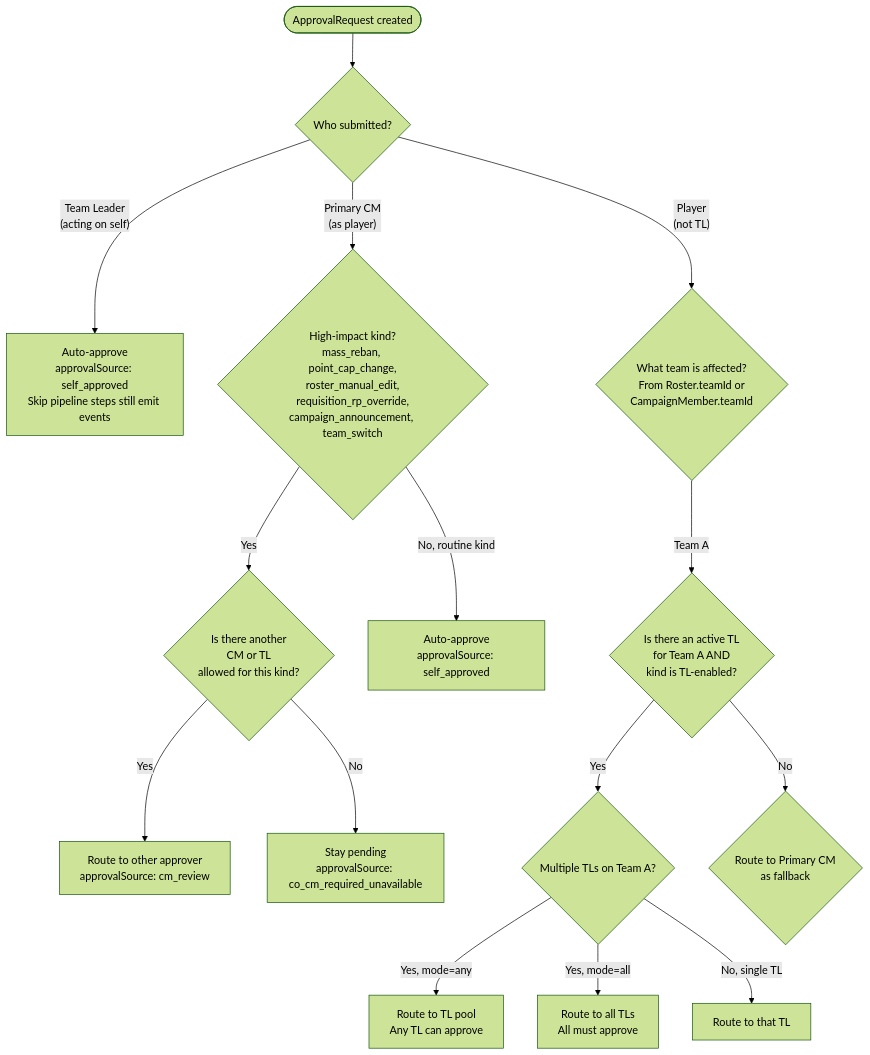
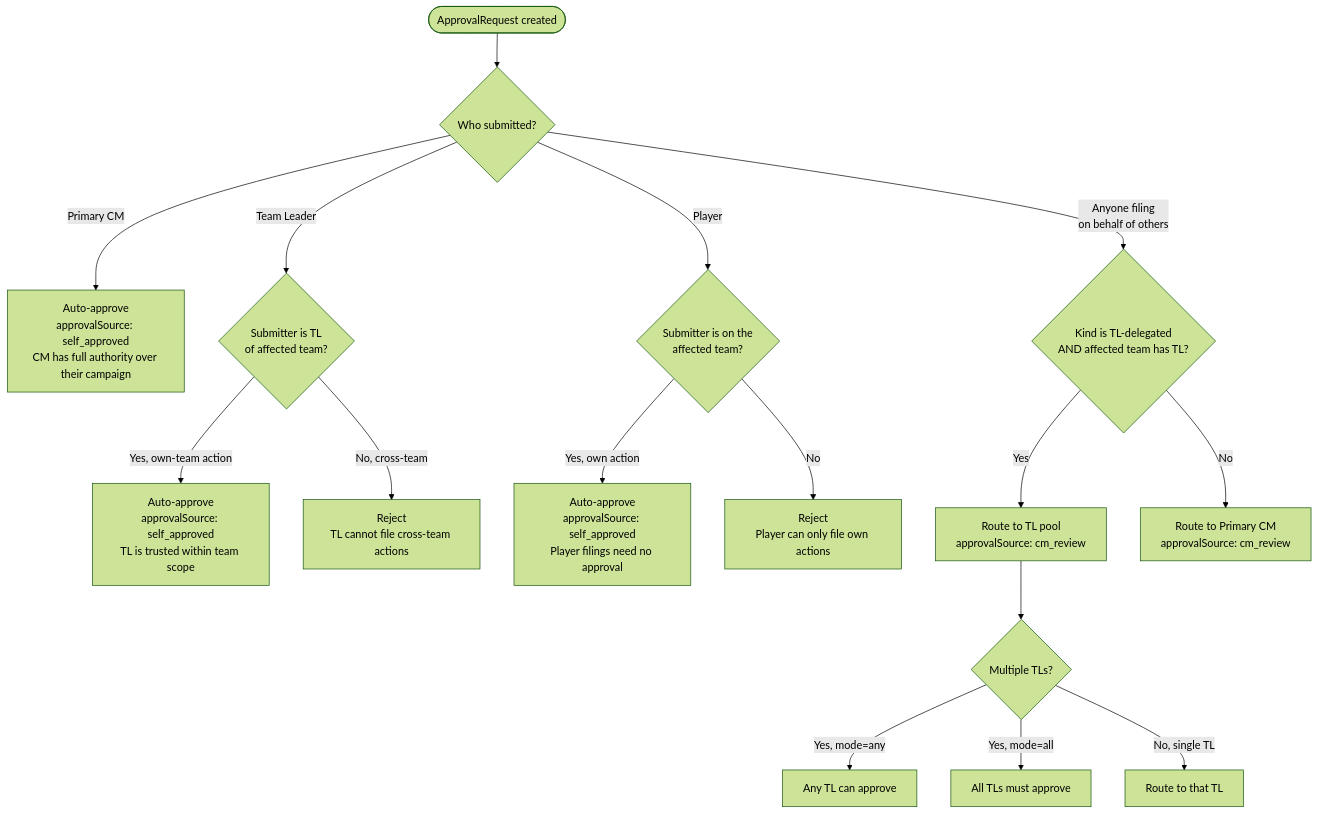
One commit to kaykayyali/crusade-master-prds changed the first of 5 diagrams in prd-5-approval-system.md. Above: the diagram before and after it, drawn with Mermaid (forest theme). The commit also changed other lines of this file and 6 other files, not shown here.

````diff
--- a/prd-5-approval-system.md
+++ b/prd-5-approval-system.md
@@ -337,17 +345,18 @@
 ```mermaid
 flowchart TD
     Start([ApprovalRequest created]) --> Q1{Who submitted?}
-    Q1 -- "Team Leader<br/>(acting on self)" --> Auto1[Auto-approve<br/>approvalSource: self_approved<br/>Skip pipeline steps still emit events]
-    Q1 -- "Primary CM<br/>(as player)" --> Q2{High-impact kind?<br/>mass_reban, point_cap_change,<br/>roster_manual_edit,<br/>requisition_rp_override,<br/>campaign_announcement, team_switch}
-    Q2 -- "Yes" --> Q3{Is there another<br/>CM or TL<br/>allowed for this kind?}
-    Q3 -- "Yes" --> Route2[Route to other approver<br/>approvalSource: cm_review]
-    Q3 -- "No" --> Stay[Stay pending<br/>approvalSource: co_cm_required_unavailable]
-    Q2 -- "No, routine kind" --> Auto2[Auto-approve<br/>approvalSource: self_approved]
-    Q1 -- "Player<br/>(not TL)" --> Q4{What team is affected?<br/>From Roster.teamId or<br/>CampaignMember.teamId}
-    Q4 -- "Team A" --> Q5{Is there an active TL<br/>for Team A AND<br/>kind is TL-enabled?}
-    Q5 -- "Yes" --> Q6{Multiple TLs on Team A?}
-    Q6 -- "Yes, mode=any" --> Route3a[Route to TL pool<br/>Any TL can approve]
-    Q6 -- "Yes, mode=all" --> Route3b[Route to all TLs<br/>All must approve]
-    Q6 -- "No, single TL" --> Route3c[Route to that TL]
-    Q5 -- "No" --> Q7{Route to Primary CM<br/>as fallback}
+    Q1 -- "Primary CM" --> Auto1[Auto-approve<br/>approvalSource: self_approved<br/>CM has full authority over their campaign]
+    Q1 -- "Team Leader" --> Q2{Submitter is TL<br/>of affected team?}
+    Q2 -- "Yes, own-team action" --> Auto2[Auto-approve<br/>approvalSource: self_approved<br/>TL is trusted within team scope]
+    Q2 -- "No, cross-team" --> Reject1[Reject<br/>TL cannot file cross-team actions]
+    Q1 -- "Player" --> Q3{Submitter is on the<br/>affected team?}
+    Q3 -- "Yes, own action" --> Auto3[Auto-approve<br/>approvalSource: self_approved<br/>Player filings need no approval]
+    Q3 -- "No" --> Reject2[Reject<br/>Player can only file own actions]
+    Q1 -- "Anyone filing<br/>on behalf of others" --> Q4{Kind is TL-delegated<br/>AND affected team has TL?}
+    Q4 -- "Yes" --> RouteTL[Route to TL pool<br/>approvalSource: cm_review]
+    Q4 -- "No" --> RouteCM[Route to Primary CM<br/>approvalSource: cm_review]
+    RouteTL --> Q5{Multiple TLs?}
+    Q5 -- "Yes, mode=any" --> TLAny[Any TL can approve]
+    Q5 -- "Yes, mode=all" --> TLAll[All TLs must approve]
+    Q5 -- "No, single TL" --> TLSingle[Route to that TL]
 ```
````
